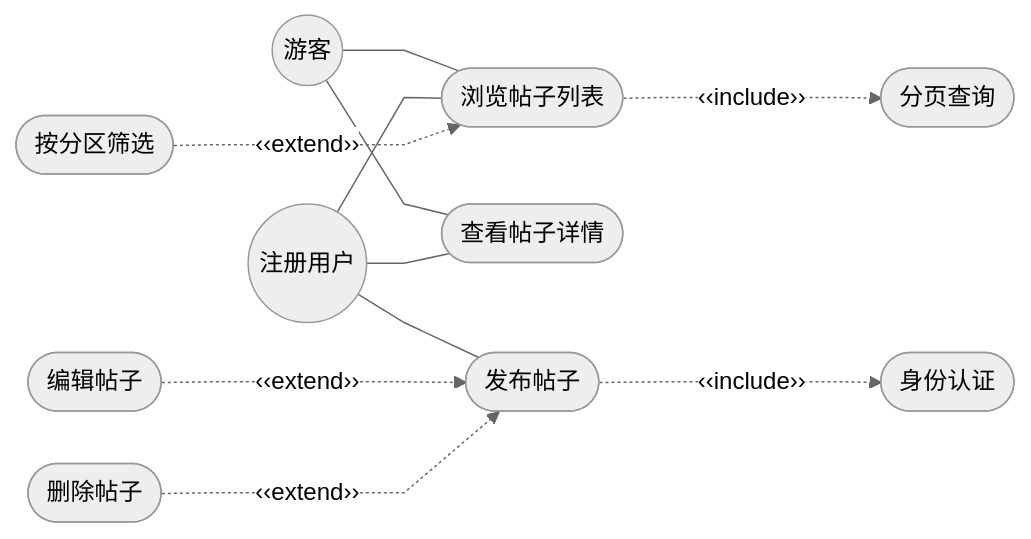
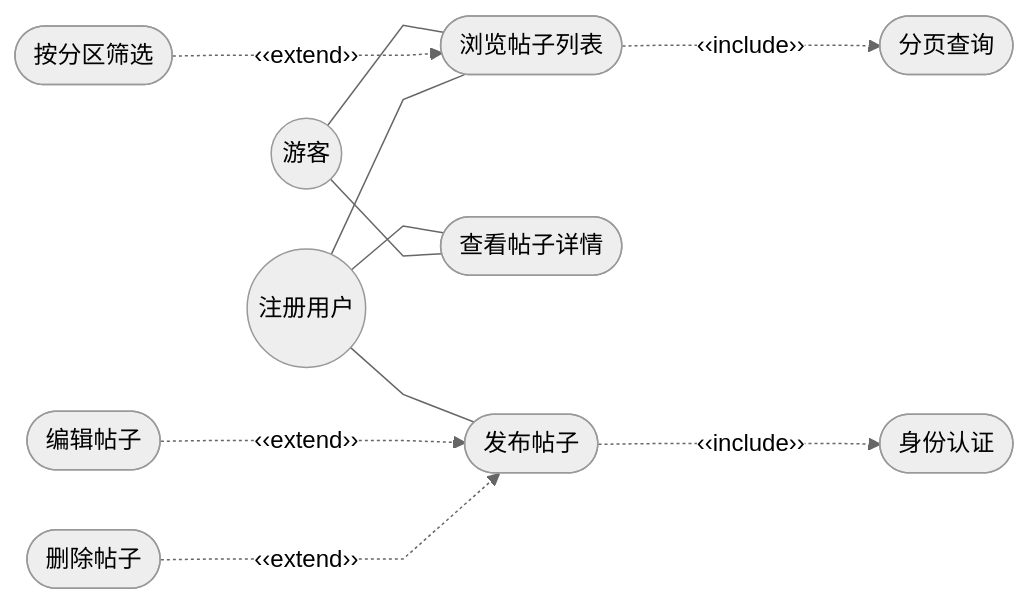
Before and after one commit to Wkjlovec/graduation_project_zhuang: the diagram in docs/diagrams/fig3-3-post-usecase.mmd, drawn with Mermaid. The commit also changed 5 other files, not shown here.

Commit message:
docs: 修复图3-2/3-3/3-4交叉问题(调整边声明顺序)

```diff
--- a/docs/diagrams/fig3-3-post-usecase.mmd
+++ b/docs/diagrams/fig3-3-post-usecase.mmd
@@ -1,12 +1,12 @@
-%%{init: {'theme': 'neutral', 'flowchart': {'curve': 'linear', 'rankSpacing': 50, 'nodeSpacing': 35}}}%%
+%%{init: {'theme': 'neutral', 'flowchart': {'curve': 'linear', 'rankSpacing': 50, 'nodeSpacing': 40}}}%%
 graph LR
     Guest((游客)) --- UC1([浏览帖子列表])
-    Guest --- UC3([查看帖子详情])
-    User((注册用户)) --- UC1
-    User --- UC3
-    User --- UC4([发布帖子])
     UC1 -..->|"‹‹include››"| UC2([分页查询])
     UC6([按分区筛选]) -..->|"‹‹extend››"| UC1
+    User((注册用户)) --- UC1
+    User --- UC3([查看帖子详情])
+    Guest --- UC3
+    User --- UC4([发布帖子])
     UC4 -..->|"‹‹include››"| UC5([身份认证])
     UC7([编辑帖子]) -..->|"‹‹extend››"| UC4
     UC8([删除帖子]) -..->|"‹‹extend››"| UC4
```
